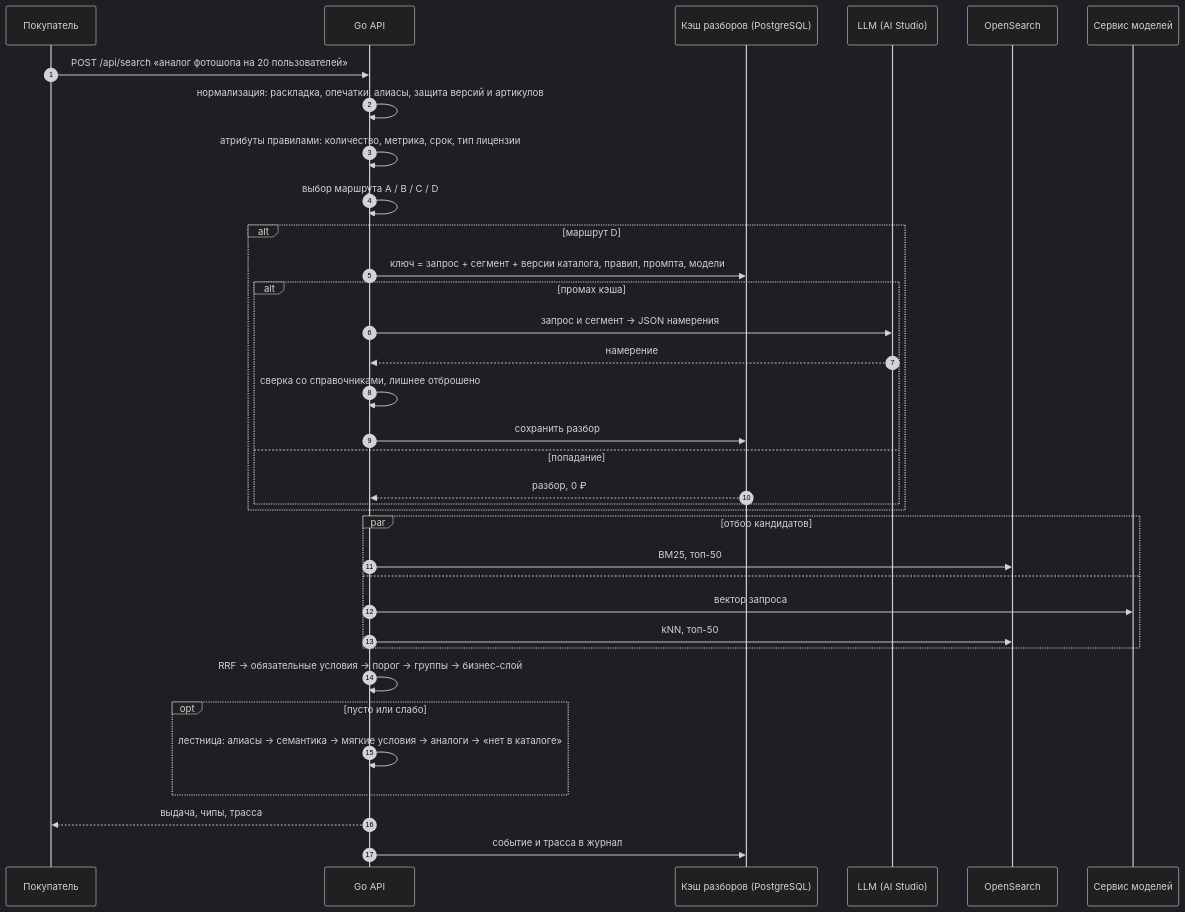
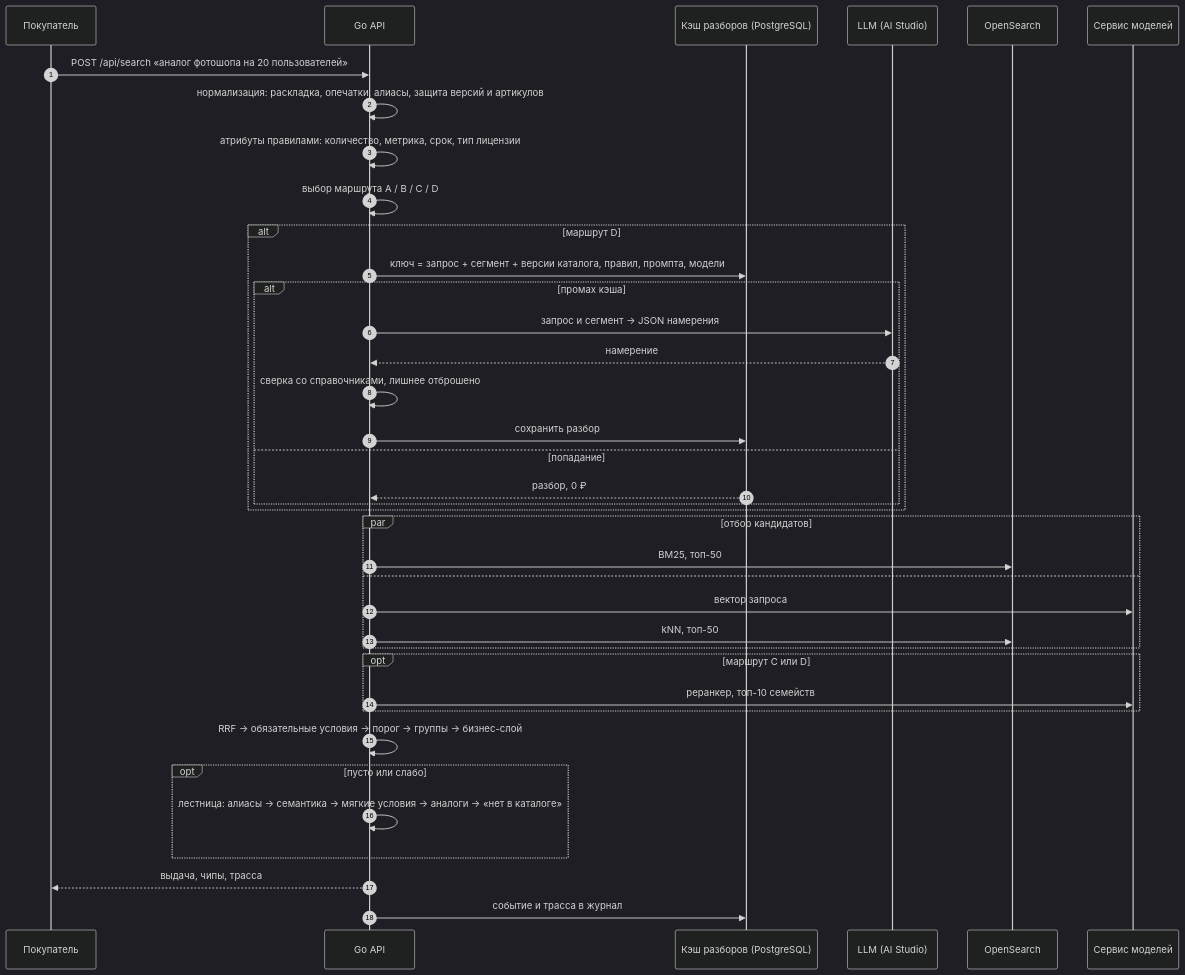
The second of 4 diagrams in docs/ARCHITECTURE.md (olegator-rus/rokotovka-plexet-kuznitsa), drawn with Mermaid (dark theme) before and after one commit. The commit also changed other lines of this file and 57 other files, not shown here.

````diff
--- a/docs/ARCHITECTURE.md
+++ b/docs/ARCHITECTURE.md
@@ -55,38 +55,41 @@
 ```mermaid
 sequenceDiagram
     autonumber
     participant U as Покупатель
     participant A as Go API
     participant C as Кэш разборов (PostgreSQL)
     participant L as LLM (AI Studio)
     participant O as OpenSearch
     participant M as Сервис моделей
 
     U->>A: POST /api/search «аналог фотошопа на 20 пользователей»
     A->>A: нормализация: раскладка, опечатки, алиасы, защита версий и артикулов
     A->>A: атрибуты правилами: количество, метрика, срок, тип лицензии
     A->>A: выбор маршрута A / B / C / D
     alt маршрут D
         A->>C: ключ = запрос + сегмент + версии каталога, правил, промпта, модели
         alt промах кэша
             A->>L: запрос и сегмент → JSON намерения
             L-->>A: намерение
             A->>A: сверка со справочниками, лишнее отброшено
             A->>C: сохранить разбор
         else попадание
             C-->>A: разбор, 0 ₽
         end
     end
     par отбор кандидатов
         A->>O: BM25, топ-50
     and
         A->>M: вектор запроса
         A->>O: kNN, топ-50
     end
+    opt маршрут C или D
+        A->>M: реранкер, топ-10 семейств
+    end
     A->>A: RRF → обязательные условия → порог → группы → бизнес-слой
     opt пусто или слабо
         A->>A: лестница: алиасы → семантика → мягкие условия → аналоги → «нет в каталоге»
     end
     A-->>U: выдача, чипы, трасса
     A->>C: событие и трасса в журнал
 ```
````
